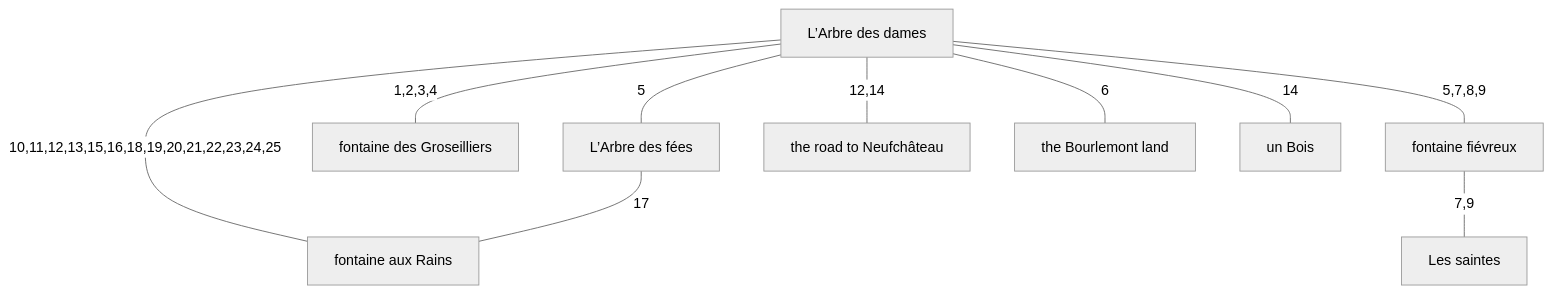
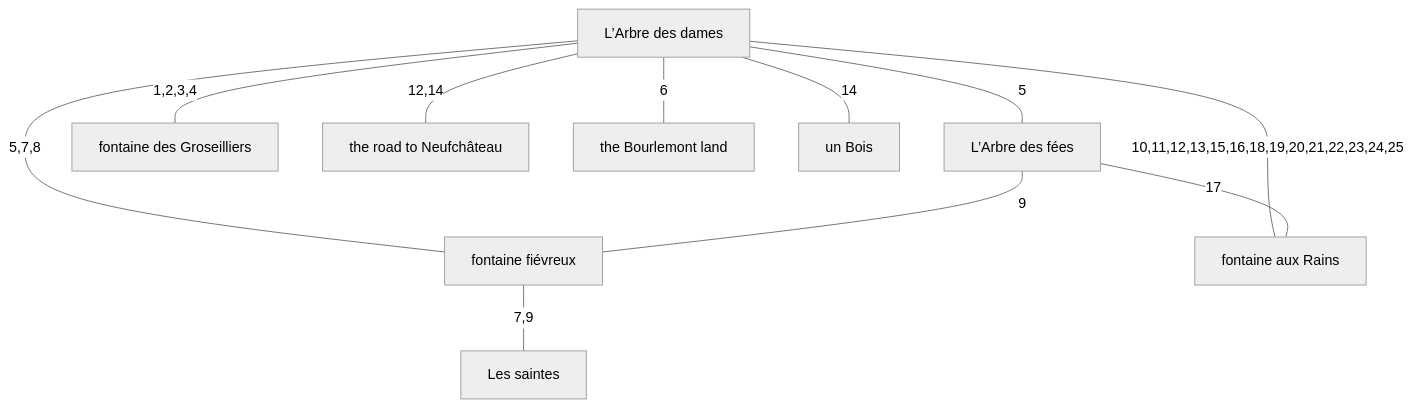
The diagram in breakout/combined.md (kitty-catt/the-location-of-the-arbre-des-dames-and-the-spring-of-joan-of-arc), drawn with Mermaid (neutral theme) before and after one commit. The commit also changed other lines of this file and 1 other file, not shown here.

Commit message:
get those mappings right

````diff
--- a/breakout/combined.md
+++ b/breakout/combined.md
@@ -68,22 +68,23 @@
 ```mermaid
 graph TD
     N1["L’Arbre des dames"]
     N2["L’Arbre des fées"]
     N3["fontaine des Groseilliers"]
     N4["fontaine fiévreux"]
     N5["fontaine aux Rains"]
     N6["the road to Neufchâteau"]
     N7["the Bourlemont land"]
     N8["un Bois"]
     N9["Les saintes"]
 
     N1 -- "5" --- N2
     N1 -- "1,2,3,4" --- N3
-    N1 -- "5,7,8,9" --- N4
+    N1 -- "5,7,8" --- N4
+    N2 -- "9" --- N4
     N1 -- "6" --- N7
     N4 -- "7,9" --- N9
     N1 -- "10,11,12,13,15,16,18,19,20,21,22,23,24,25" --- N5
     N2 -- "17" --- N5
     N1 -- "12,14" --- N6
     N1 -- "14" --- N8
 ```
````
